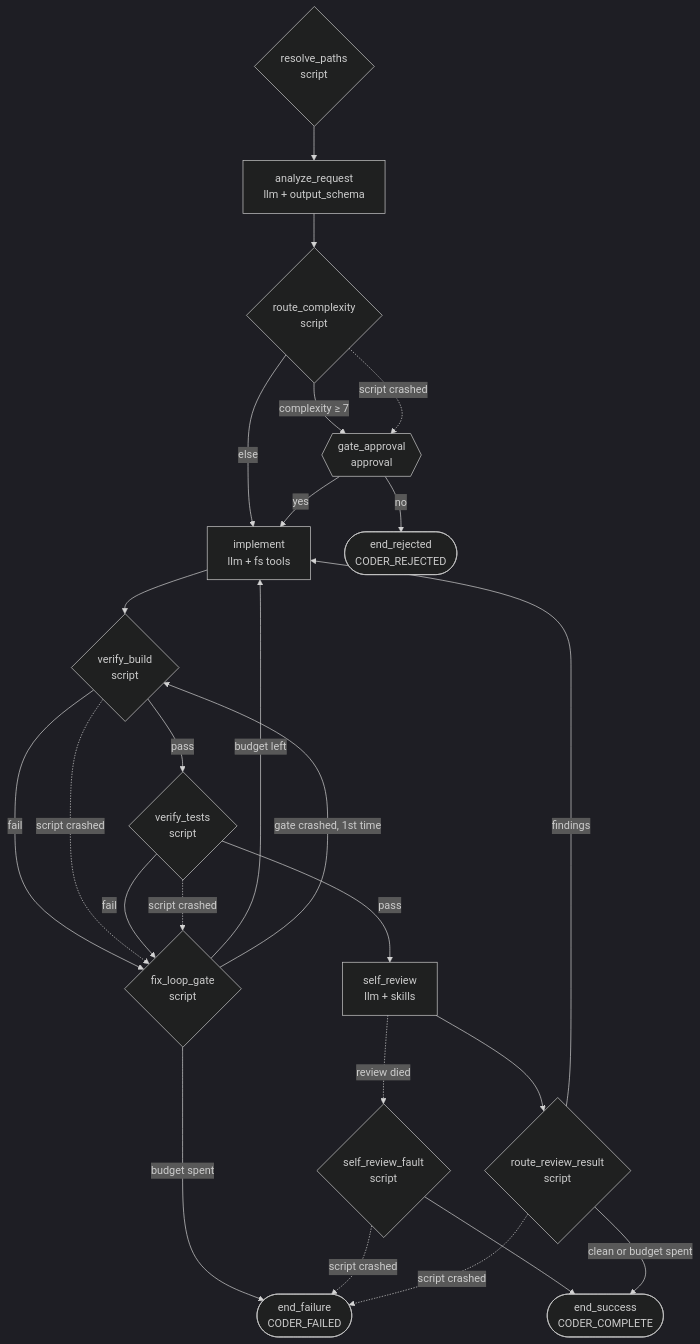
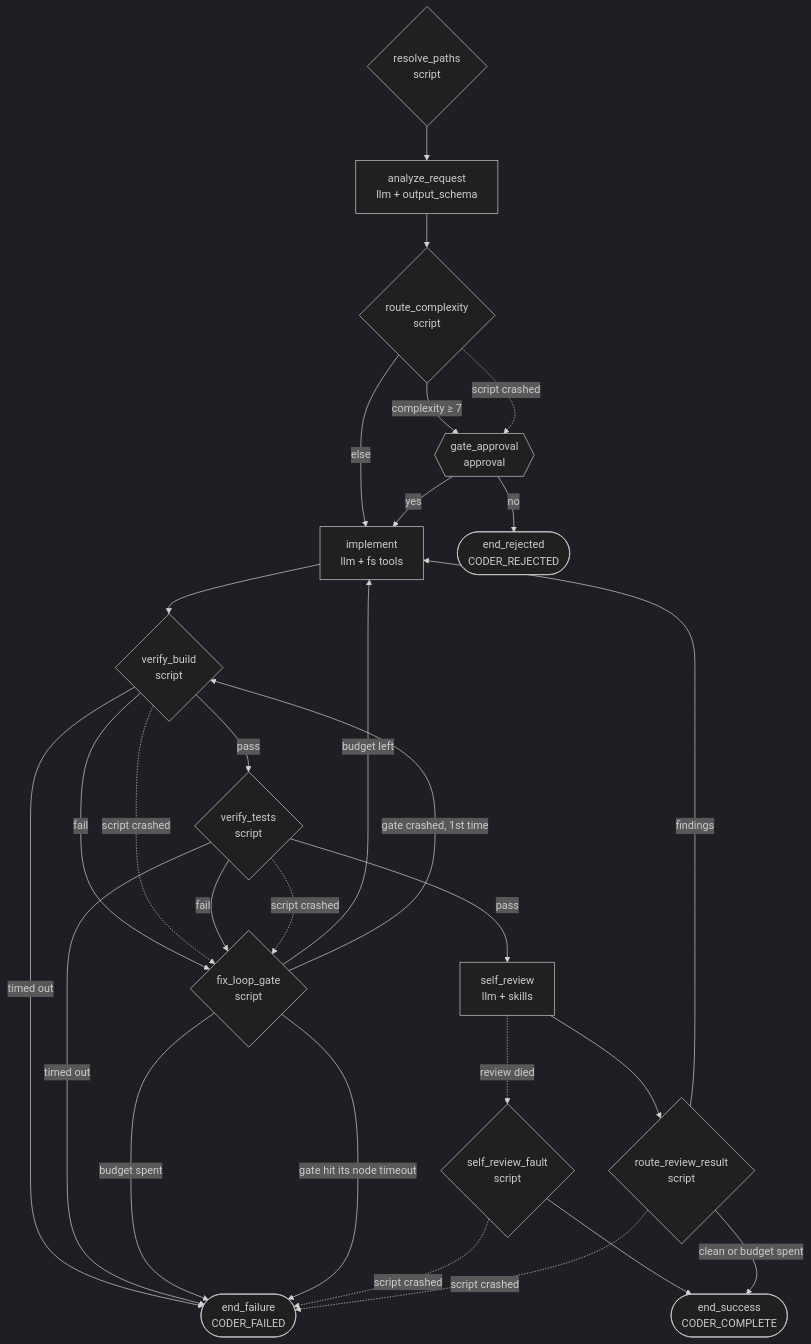
One commit to Dark-Alex-17/coyote changed the diagram in assets/agents/coder/README.md. Above: the diagram before and after it, drawn with Mermaid (dark theme). The commit also changed other lines of this file and 6 other files, not shown here.

````diff
--- a/assets/agents/coder/README.md
+++ b/assets/agents/coder/README.md
@@ -13,37 +13,40 @@
 ```mermaid
 flowchart TD
     resolve_paths{"resolve_paths<br/>script"} --> analyze_request
     analyze_request["analyze_request<br/>llm + output_schema"] --> route_complexity
     route_complexity{"route_complexity<br/>script"}
     route_complexity -->|"complexity ≥ 7"| gate_approval
     route_complexity -->|else| implement
     route_complexity -. "script crashed" .-> gate_approval
     gate_approval{{"gate_approval<br/>approval"}}
     gate_approval -->|yes| implement
     gate_approval -->|no| end_rejected
     implement["implement<br/>llm + fs tools"] --> verify_build
     verify_build{"verify_build<br/>script"}
     verify_build -->|pass| verify_tests
     verify_build -->|fail| fix_loop_gate
+    verify_build -->|"timed out"| end_failure
     verify_build -. "script crashed" .-> fix_loop_gate
     verify_tests{"verify_tests<br/>script"}
     verify_tests -->|pass| self_review
     verify_tests -->|fail| fix_loop_gate
+    verify_tests -->|"timed out"| end_failure
     verify_tests -. "script crashed" .-> fix_loop_gate
     fix_loop_gate{"fix_loop_gate<br/>script"}
     fix_loop_gate -->|"budget left"| implement
     fix_loop_gate -->|"budget spent"| end_failure
     fix_loop_gate -->|"gate crashed, 1st time"| verify_build
+    fix_loop_gate -->|"gate hit its node timeout"| end_failure
     self_review["self_review<br/>llm + skills"] --> route_review_result
     self_review -. "review died" .-> self_review_fault
     self_review_fault{"self_review_fault<br/>script"} --> end_success
     self_review_fault -. "script crashed" .-> end_failure
     route_review_result{"route_review_result<br/>script"}
     route_review_result -->|"clean or budget spent"| end_success
     route_review_result -->|findings| implement
     route_review_result -. "script crashed" .-> end_failure
 
     end_success(["end_success<br/>CODER_COMPLETE"])
     end_rejected(["end_rejected<br/>CODER_REJECTED"])
     end_failure(["end_failure<br/>CODER_FAILED"])
 ```
````
